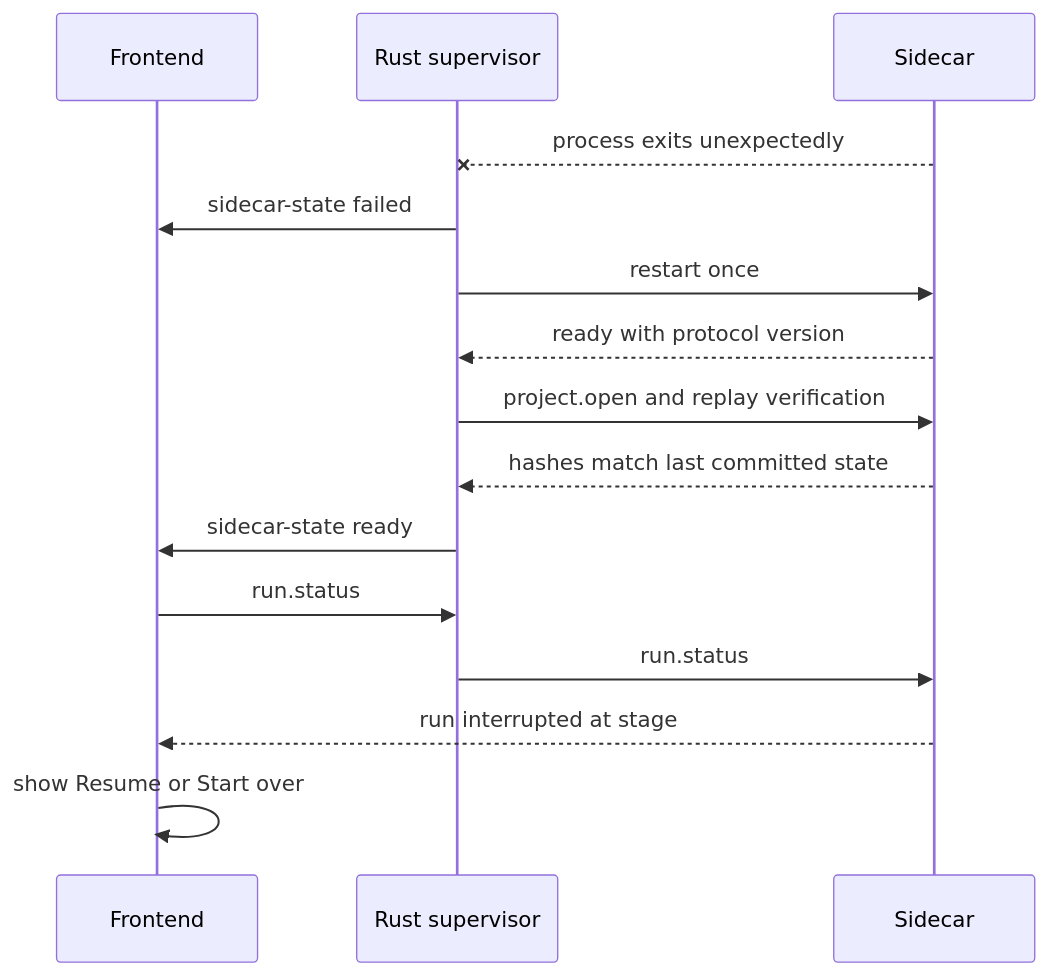
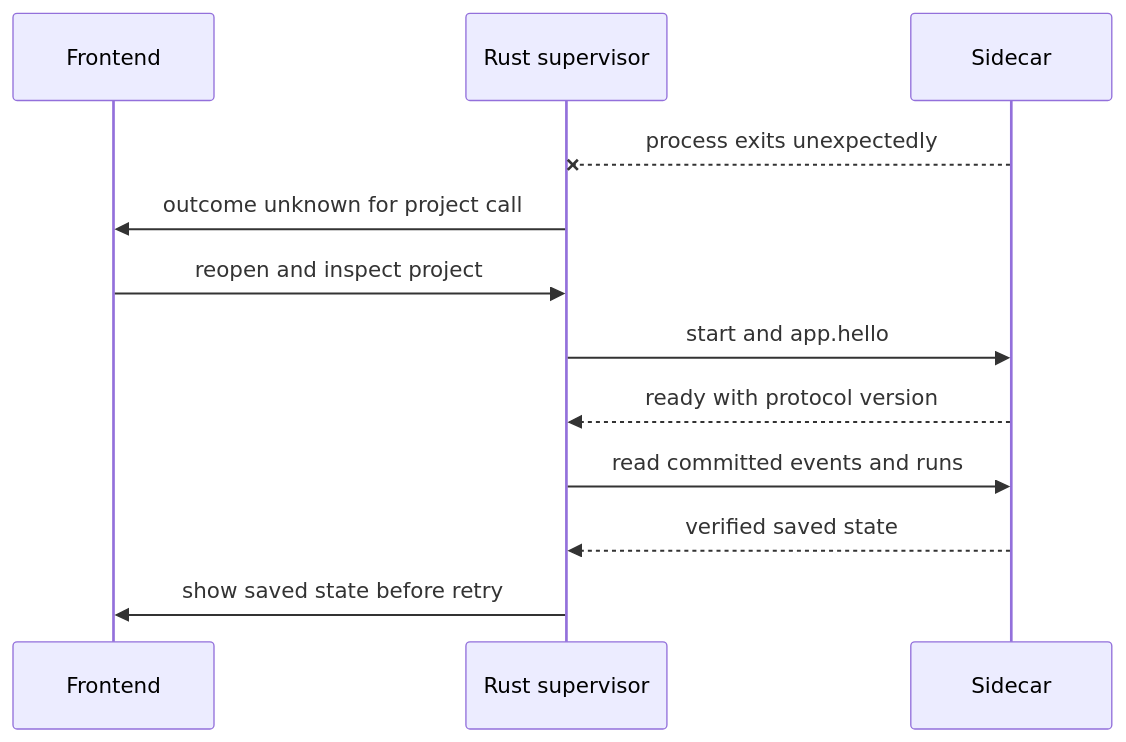
One commit to mattbriggs/Coupled-Modal-Narrative-Engine changed diagram 14 of 28 in _design/SRS-033-System-Assessment-and-Scenarios.md. Above: the diagram before and after it, drawn with Mermaid. The commit also changed other lines of this file and 117 other files, not shown here.

````diff
--- a/_design/SRS-033-System-Assessment-and-Scenarios.md
+++ b/_design/SRS-033-System-Assessment-and-Scenarios.md
@@ -789,17 +787,14 @@
 ```mermaid
 sequenceDiagram
     participant F as Frontend
     participant R as Rust supervisor
     participant S as Sidecar
     S--xR: process exits unexpectedly
-    R->>F: sidecar-state failed
-    R->>S: restart once
+    R->>F: outcome unknown for project call
+    F->>R: reopen and inspect project
+    R->>S: start and app.hello
     S-->>R: ready with protocol version
-    R->>S: project.open and replay verification
-    S-->>R: hashes match last committed state
-    R->>F: sidecar-state ready
-    F->>R: run.status
-    R->>S: run.status
-    S-->>F: run interrupted at stage
-    F->>F: show Resume or Start over
+    R->>S: read committed events and runs
+    S-->>R: verified saved state
+    R->>F: show saved state before retry
 ```
````
